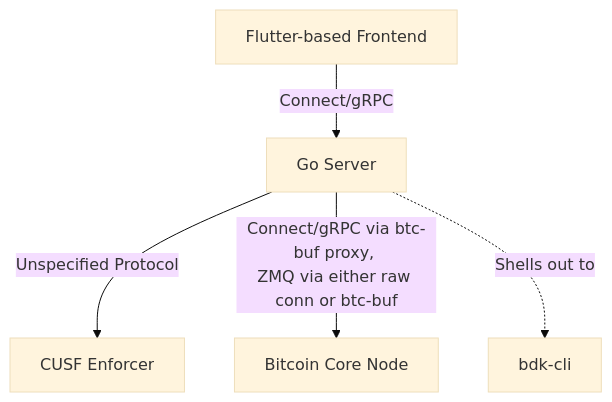
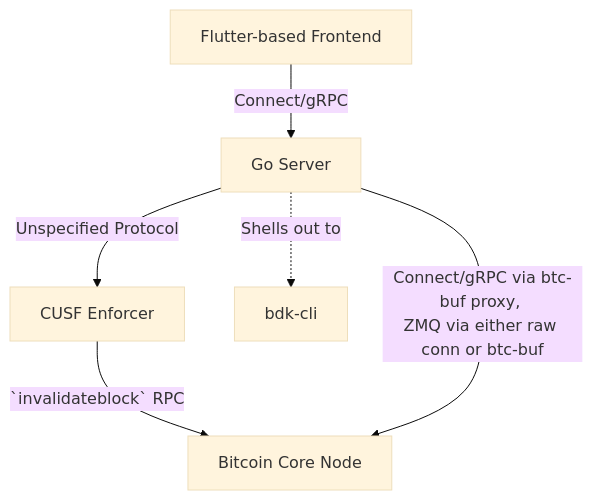
The first of 2 diagrams in drivechain-server/README.md (LayerTwo-Labs/drivechain-frontends), drawn with Mermaid (base theme) before and after one commit. The commit also changed other lines of this file, not shown here.

````diff
--- a/drivechain-server/README.md
+++ b/drivechain-server/README.md
@@ -19,7 +26,8 @@
 ```mermaid
 graph TD;
     A[Flutter-based Frontend] -->|Connect/gRPC| B[Go Server];
     B -->|Unspecified Protocol| C[CUSF Enforcer];
+    C -->|`invalidateblock` RPC|D;
     B -->|Connect/gRPC via btc-buf proxy, \nZMQ via either raw conn or btc-buf| D[Bitcoin Core Node];
     B -.->|Shells out to| E[bdk-cli];
 ```
````
